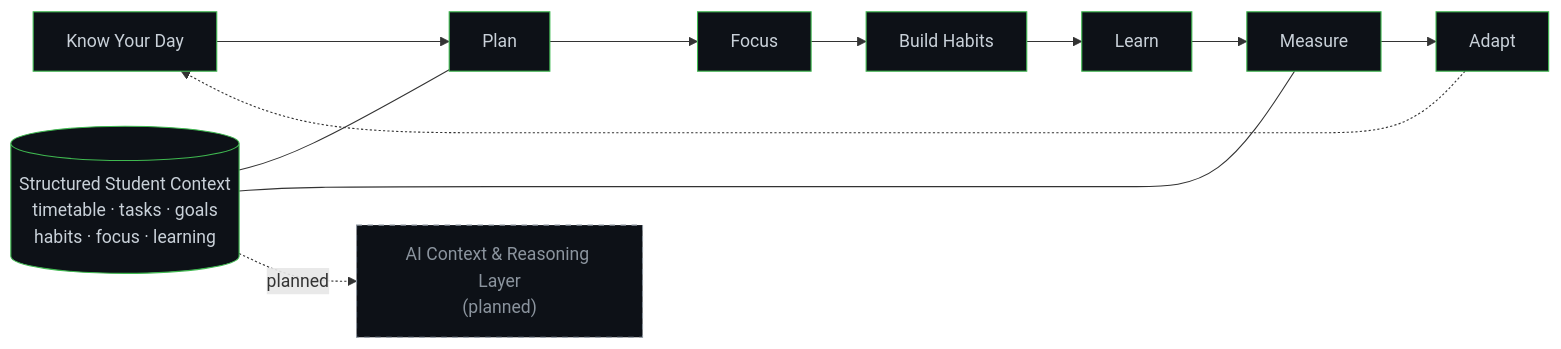
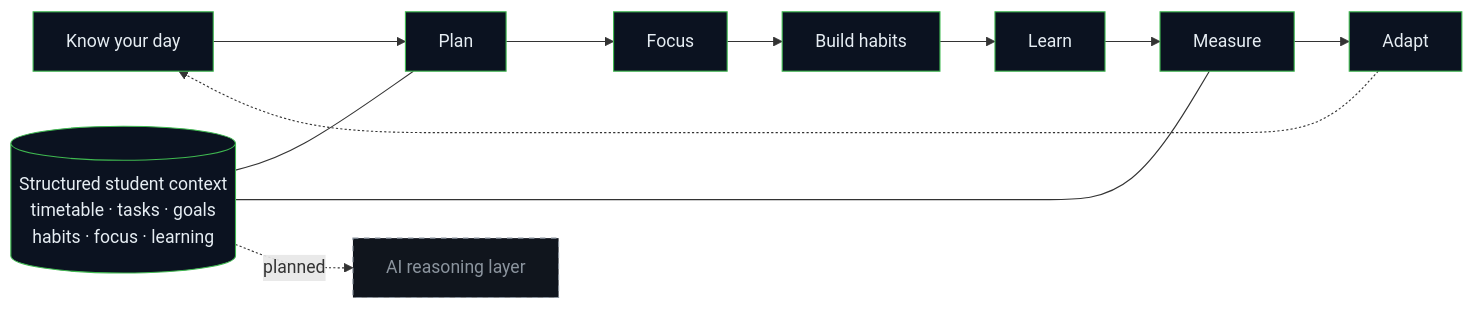
One commit to kunalchwdry/kunalchwdry changed the sixth of 11 diagrams in README.md. Above: the diagram before and after it, drawn with Mermaid. The commit also changed other lines of this file, not shown here.

````diff
--- a/README.md
+++ b/README.md
@@ -534,22 +316,19 @@
-```mermaid
+``` mermaid
 flowchart LR
-    K["Know Your Day"] --> PL["Plan"]
-    PL --> F["Focus"]
-    F --> H["Build Habits"]
+    K["Know your day"] --> P["Plan"]
+    P --> F["Focus"]
+    F --> H["Build habits"]
     H --> L["Learn"]
     L --> M["Measure"]
-    M --> AD["Adapt"]
-    AD -.-> K
+    M --> A["Adapt"]
+    A -.-> K
+    CTX[("Structured student context<br/>timetable · tasks · goals<br/>habits · focus · learning")]
+    CTX --- P
+    CTX --- M
+    CTX -. planned .-> AI["AI reasoning layer"]
 
-    CTX[("Structured Student Context<br/>timetable · tasks · goals<br/>habits · focus · learning")]
-    CTX --- PL
-    CTX --- M
-
-    AI["AI Context & Reasoning Layer<br/>(planned)"]
-    CTX -. planned .-> AI
-
-    classDef built fill:#0d1117,stroke:#3fb950,color:#c9d1d9;
-    classDef planned fill:#0d1117,stroke:#8b949e,color:#8b949e,stroke-dasharray: 5 5;
-    class K,PL,F,H,L,M,AD,CTX built;
+    classDef built fill:#0b1220,stroke:#3fb950,color:#e6edf3;
+    classDef planned fill:#10151d,stroke:#8b949e,color:#8b949e,stroke-dasharray: 5 5;
+    class K,P,F,H,L,M,A,CTX built;
     class AI planned;
 ```
````
